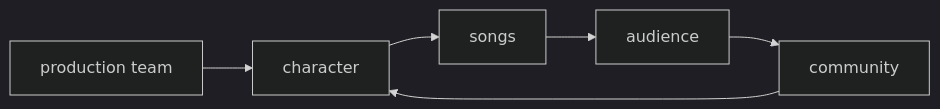
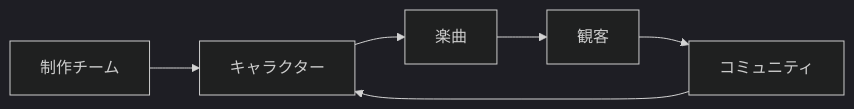
One commit to monumental-movement/monumental-movement.github.io changed the second of 2 diagrams in en/_posts/2026-01-31-column-virtual-band.md. Above: the diagram before and after it, drawn with Mermaid (dark theme). The commit also changed other lines of this file and 2196 other files, not shown here.

```diff
--- a/en/_posts/2026-01-31-column-virtual-band.md
+++ b/en/_posts/2026-01-31-column-virtual-band.md
@@ -167,8 +166,8 @@
 <div class="mermaid">
 flowchart LR
-Creator[production team] --> Character[character]
-Character --> Music[songs]
-Music --> Audience[audience]
-Audience --> Community[community]
+Creator[制作チーム] --> Character[キャラクター]
+Character --> Music[楽曲]
+Music --> Audience[観客]
+Audience --> Community[コミュニティ]
 Community --> Character
 </div>
```
